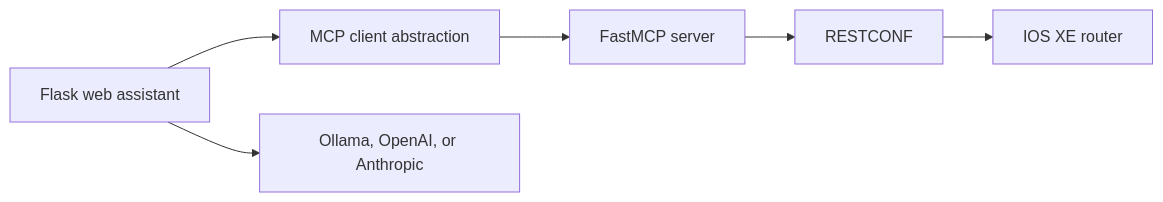
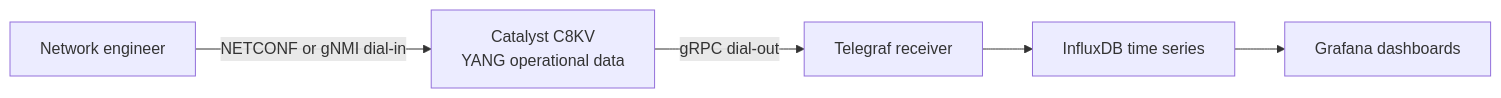
One commit to tanthanh85/CCNPAUTO changed the eighth of 9 diagrams in LAB/README.md. Above: the diagram before and after it, drawn with Mermaid. The commit also changed other lines of this file, not shown here.

````diff
--- a/LAB/README.md
+++ b/LAB/README.md
@@ -202,8 +341,7 @@
 ```mermaid
 flowchart LR
-    Web["Flask web assistant"] --> MCPClient["MCP client abstraction"]
-    MCPClient --> MCPServer["FastMCP server"]
-    MCPServer --> RESTCONF["RESTCONF"]
-    RESTCONF --> IOSXE["IOS XE router"]
-    Web --> LLM["Ollama, OpenAI, or Anthropic"]
+    C8KV["Catalyst C8KV<br/>YANG operational data"] -->|"gRPC dial-out"| Telegraf["Telegraf receiver"]
+    Telegraf --> InfluxDB["InfluxDB time series"]
+    InfluxDB --> Grafana["Grafana dashboards"]
+    Engineer["Network engineer"] -->|"NETCONF or gNMI dial-in"| C8KV
 ```
````
